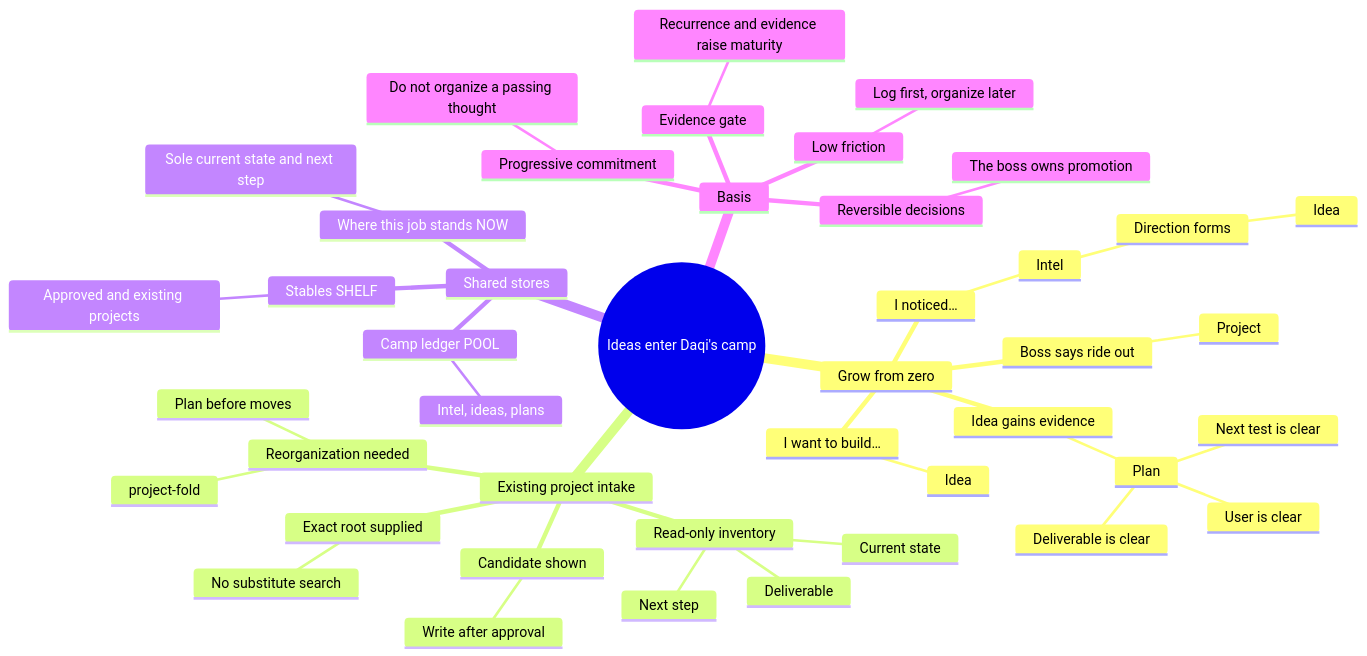
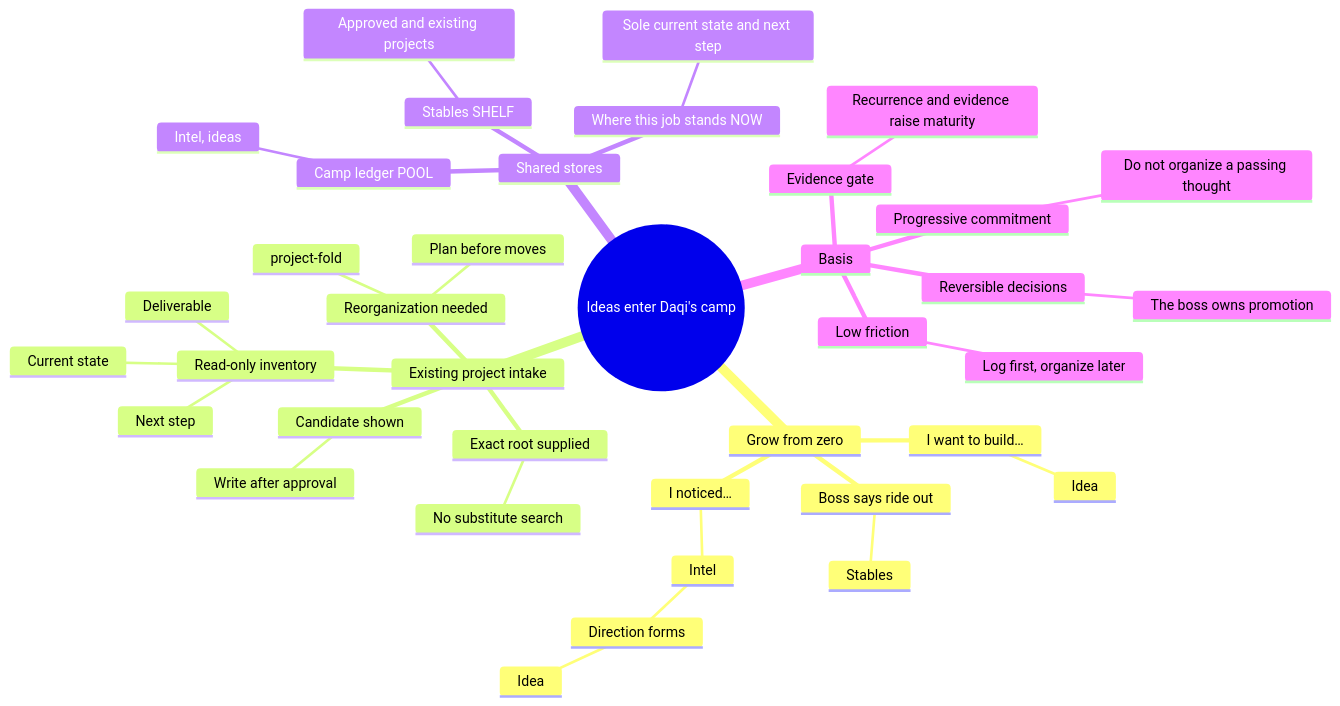
The first of 2 diagrams in README.md (pakco77/daqi.skill), drawn with Mermaid before and after one commit. The commit also changed other lines of this file and 12 other files, not shown here.

First line of the commit message:
feat: two-stage camp model — ledger is 痛点+点子, stables are ideas being done

````diff
--- a/README.md
+++ b/README.md
@@ -96,46 +96,41 @@
 ```mermaid
 mindmap
   root((Ideas enter Daqi's camp))
     Grow from zero
       I noticed…
         Intel
           Direction forms
             Idea
       I want to build…
         Idea
-      Idea gains evidence
-        Plan
-          User is clear
-          Deliverable is clear
-          Next test is clear
       Boss says ride out
-        Project
+        Stables
     Existing project intake
       Exact root supplied
         No substitute search
       Read-only inventory
         Deliverable
         Current state
         Next step
       Candidate shown
         Write after approval
       Reorganization needed
         project-fold
         Plan before moves
     Shared stores
       Camp ledger POOL
-        Intel, ideas, plans
+        Intel, ideas
       Stables SHELF
         Approved and existing projects
       Where this job stands NOW
         Sole current state and next step
     Basis
       Progressive commitment
         Do not organize a passing thought
       Evidence gate
         Recurrence and evidence raise maturity
       Reversible decisions
         The boss owns promotion
       Low friction
         Log first, organize later
 ```
````
